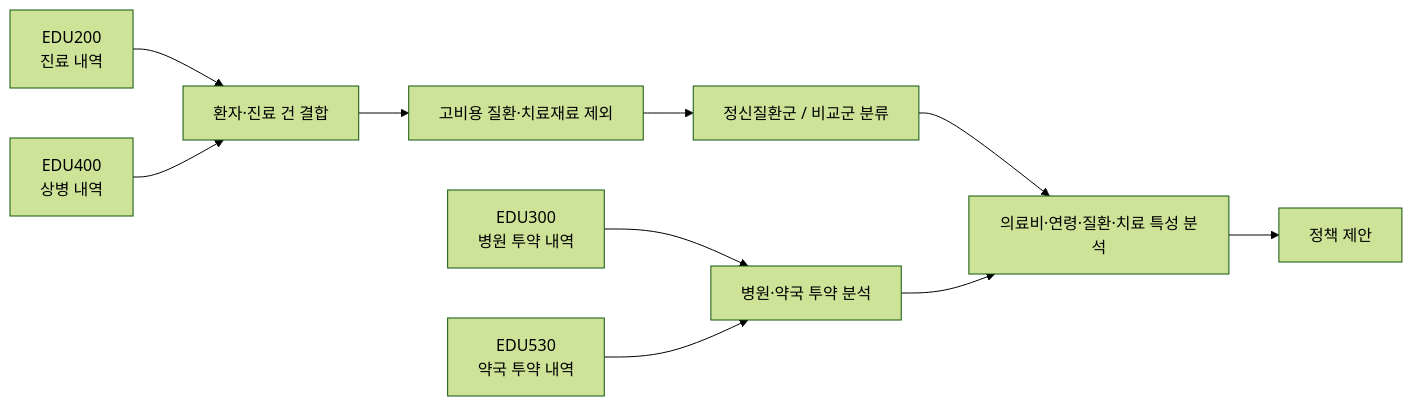
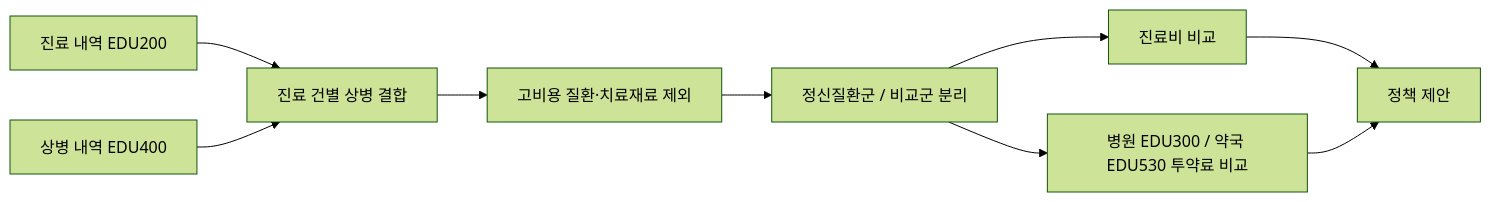
Before and after one commit to palbuk/hira_mental_health_policy_analysis: the diagram in README.md, drawn with Mermaid (forest theme). The commit also changed other lines of this file and 4 other files, not shown here.

````diff
--- a/README.md
+++ b/README.md
@@ -47,12 +36,11 @@
 ```mermaid
 flowchart LR
-    A[EDU200<br>진료 내역] --> E[환자·진료 건 결합]
-    B[EDU400<br>상병 내역] --> E
-    C[EDU300<br>병원 투약 내역] --> F[병원·약국 투약 분석]
-    D[EDU530<br>약국 투약 내역] --> F
-    E --> G[고비용 질환·치료재료 제외]
-    G --> H[정신질환군 / 비교군 분류]
-    H --> I[의료비·연령·질환·치료 특성 분석]
-    F --> I
-    I --> J[정책 제안]
+    A[진료 내역 EDU200] --> C[진료 건별 상병 결합]
+    B[상병 내역 EDU400] --> C
+    C --> D[고비용 질환·치료재료 제외]
+    D --> E[정신질환군 / 비교군 분리]
+    E --> F[진료비 비교]
+    E --> G[병원 EDU300 / 약국 EDU530 투약료 비교]
+    F --> H[정책 제안]
+    G --> H
 ```
````
